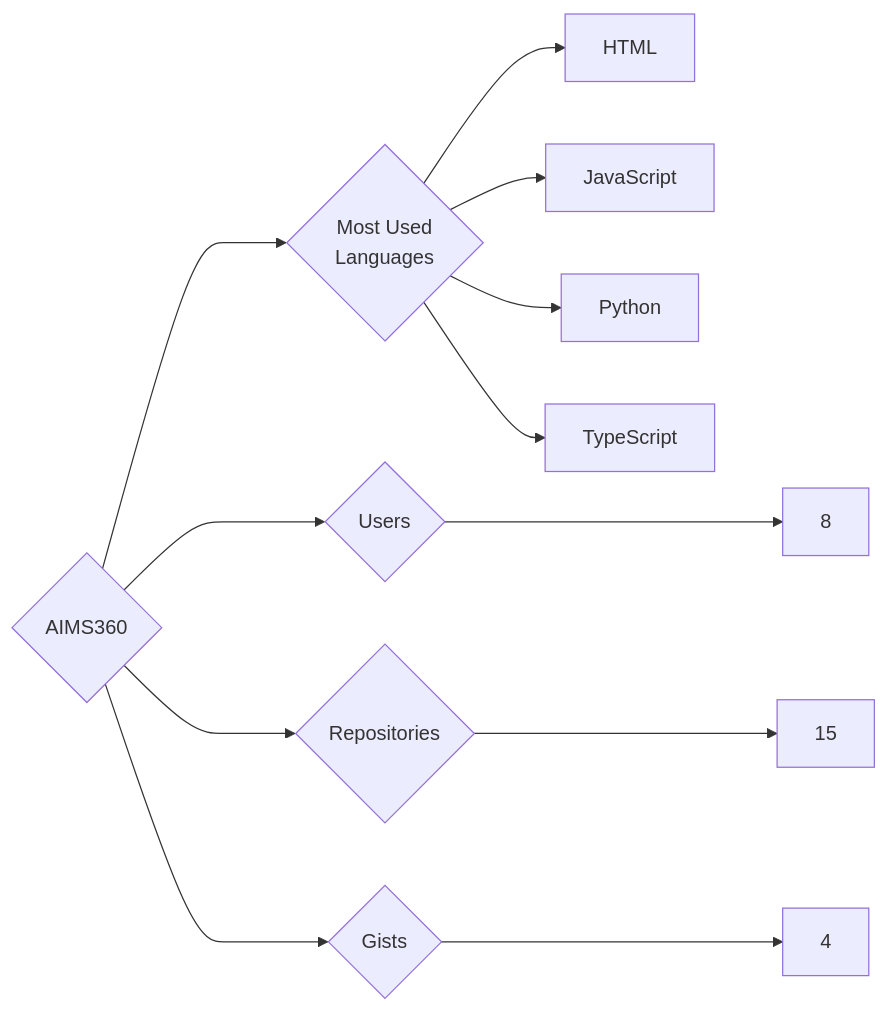
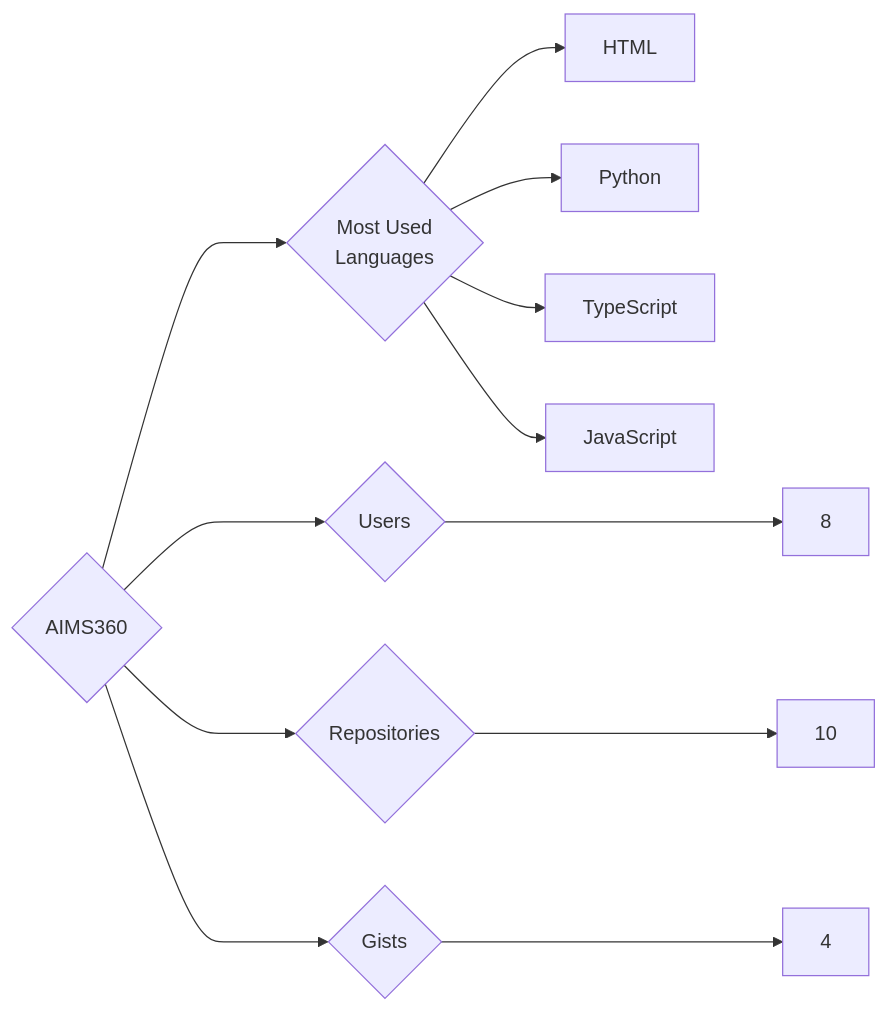
Before and after one commit to trickest/insiders: the diagram in targets/AIMS360/README.md, drawn with Mermaid. The commit also changed 1123 other files, not shown here.

````diff
--- a/targets/AIMS360/README.md
+++ b/targets/AIMS360/README.md
@@ -3,12 +3,12 @@
 ```mermaid
 graph LR
 COMPANY_NAME{AIMS360}
 COMPANY_NAME ---> U{Users} ---> UN[8]
-COMPANY_NAME ---> R{Repositories} ---> RN[15]
+COMPANY_NAME ---> R{Repositories} ---> RN[10]
 COMPANY_NAME ---> G{Gists} ---> GN[4]
 COMPANY_NAME ---> ML{Most Used<br>Languages}
 ML --> HTML[HTML]
-ML --> JavaScript[JavaScript]
 ML --> Python[Python]
 ML --> TypeScript[TypeScript]
+ML --> JavaScript[JavaScript]
 ```
````
